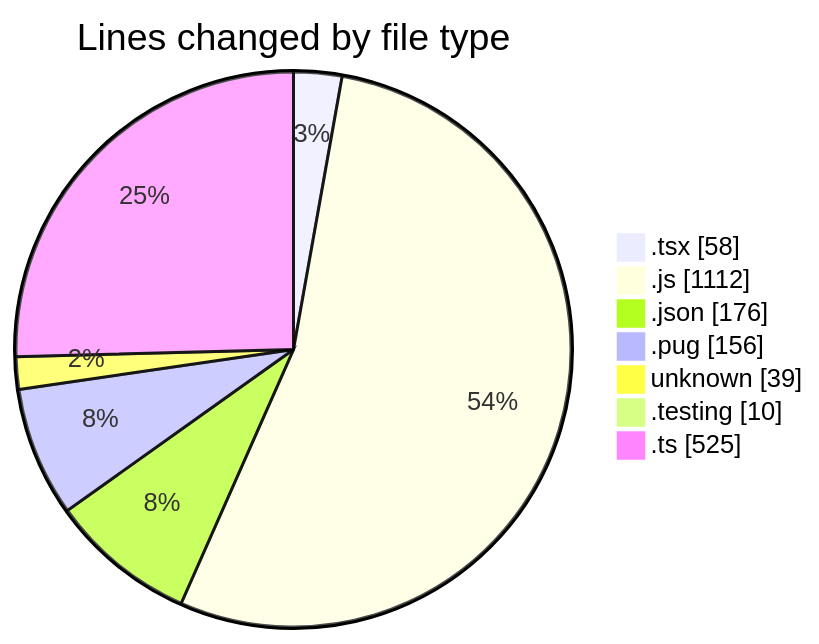
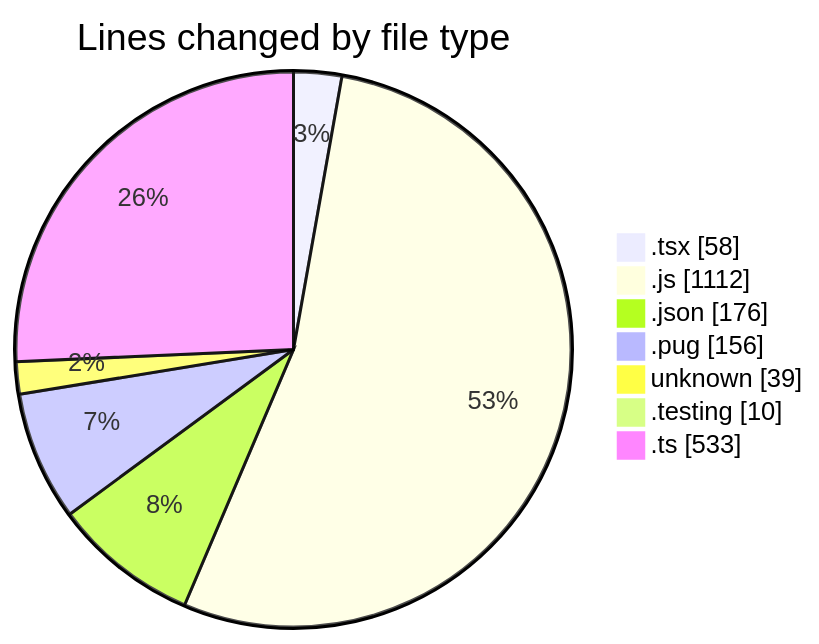
One commit to momahboobian/code-tracking changed the first of 2 diagrams in 2025-03-07/cda/README.md. Above: the diagram before and after it, drawn with Mermaid. The commit also changed other lines of this file and 1 other file, not shown here.

````diff
--- a/2025-03-07/cda/README.md
+++ b/2025-03-07/cda/README.md
@@ -34,11 +34,11 @@
 ```mermaid
 pie showData
 title Lines changed by file type
 ".tsx" : 58
 ".js" : 1112
 ".json" : 176
 ".pug" : 156
 "unknown" : 39
 ".testing" : 10
-".ts" : 525
+".ts" : 533
 ```
````
